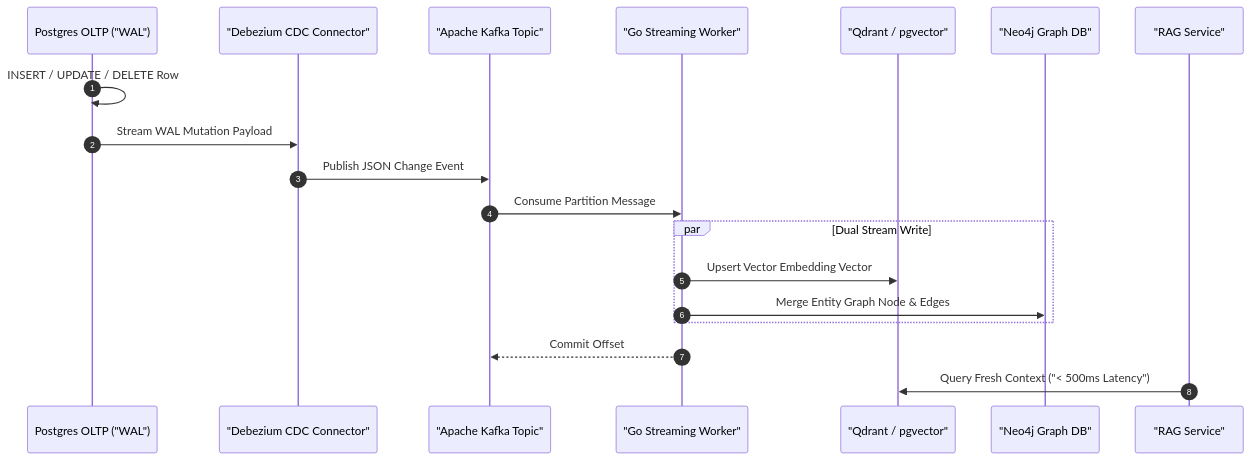
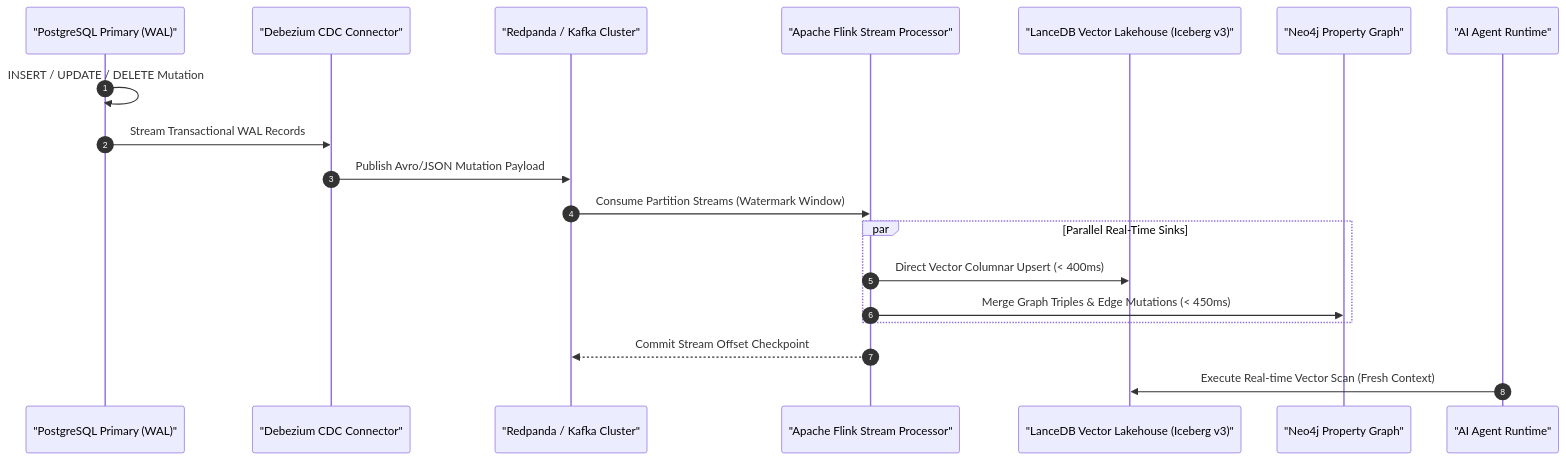
Before and after one commit to vesviet/vesviet: the first of 2 diagrams in content/series/ai-data-engineering-pipeline/part-4-streaming-cdc-federated-rag.md, drawn with Mermaid. The commit also changed other lines of this file and 67 other files, not shown here.

````diff
--- a/content/series/ai-data-engineering-pipeline/part-4-streaming-cdc-federated-rag.md
+++ b/content/series/ai-data-engineering-pipeline/part-4-streaming-cdc-federated-rag.md
@@ -40,24 +53,24 @@
 ```mermaid
 sequenceDiagram
     autonumber
-    participant DB as Postgres OLTP ("WAL")
-    participant Deb as "Debezium CDC Connector"
-    participant Kafka as "Apache Kafka Topic"
-    participant GoProc as "Go Streaming Worker"
-    participant Vector as "Qdrant / pgvector"
-    participant Graph as "Neo4j Graph DB"
-    participant RAG as "RAG Service"
+    participant Postgres as "PostgreSQL Primary (WAL)"
+    participant Debezium as "Debezium CDC Connector"
+    participant Redpanda as "Redpanda / Kafka Cluster"
+    participant Flink as "Apache Flink Stream Processor"
+    participant LanceDB as "LanceDB Vector Lakehouse (Iceberg v3)"
+    participant Neo4j as "Neo4j Property Graph"
+    participant Agent as "AI Agent Runtime"
 
-    DB->>DB: INSERT / UPDATE / DELETE Row
-    DB->>Deb: Stream WAL Mutation Payload
-    Deb->>Kafka: Publish JSON Change Event
-    Kafka->>GoProc: Consume Partition Message
+    Postgres->>Postgres: INSERT / UPDATE / DELETE Mutation
+    Postgres->>Debezium: Stream Transactional WAL Records
+    Debezium->>Redpanda: Publish Avro/JSON Mutation Payload
+    Redpanda->>Flink: Consume Partition Streams (Watermark Window)
     
-    par Dual Stream Write
-        GoProc->>Vector: Upsert Vector Embedding Vector
-        GoProc->>Graph: Merge Entity Graph Node & Edges
+    par Parallel Real-Time Sinks
+        Flink->>LanceDB: Direct Vector Columnar Upsert (< 400ms)
+        Flink->>Neo4j: Merge Graph Triples & Edge Mutations (< 450ms)
     end
 
-    GoProc-->>Kafka: Commit Offset
-    RAG->>Vector: Query Fresh Context ("< 500ms Latency")
+    Flink-->>Redpanda: Commit Stream Offset Checkpoint
+    Agent->>LanceDB: Execute Real-time Vector Scan (Fresh Context)
 ```
````
